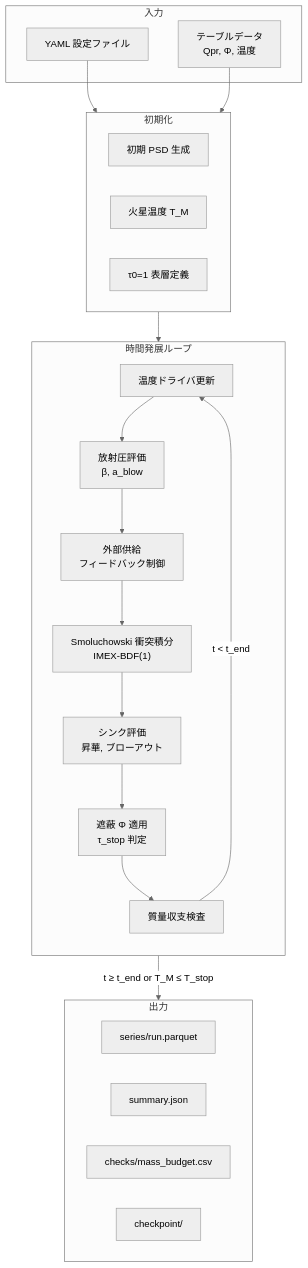
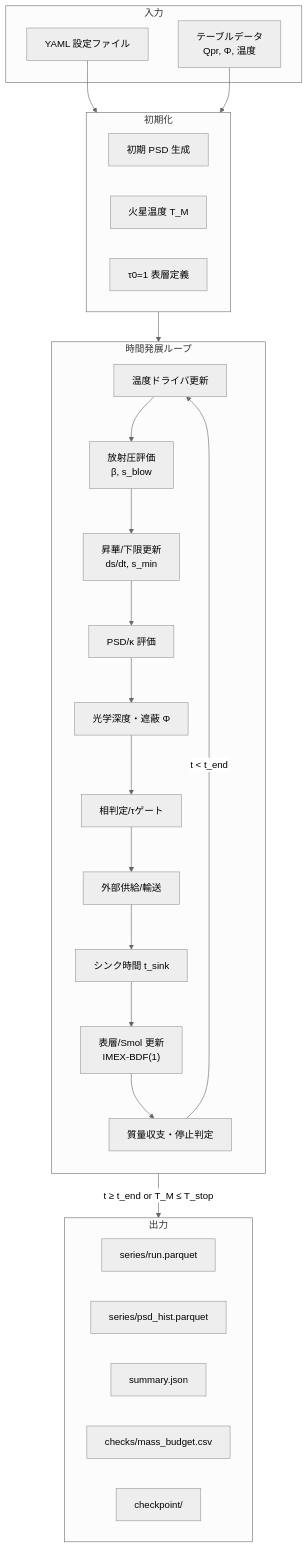
Before and after one commit to Einfeld686/MarsDiskSimulation: the first of 7 diagrams in analysis/methods.md, drawn with Mermaid (neutral theme). The commit also changed other lines of this file and 21 other files, not shown here.

````diff
--- a/analysis/methods.md
+++ b/analysis/methods.md
@@ -13,38 +64,42 @@
 ```mermaid
 flowchart TB
     subgraph INPUT["入力"]
         CONFIG["YAML 設定ファイル"]
         TABLES["テーブルデータ<br/>Qpr, Φ, 温度"]
     end
 
     subgraph INIT["初期化"]
         PSD0["初期 PSD 生成"]
         TEMP0["火星温度 T_M"]
         TAU1["τ0=1 表層定義"]
     end
 
     subgraph LOOP["時間発展ループ"]
         direction TB
         DRIVER["温度ドライバ更新"]
-        RAD["放射圧評価<br/>β, a_blow"]
-        SUPPLY["外部供給<br/>フィードバック制御"]
-        SMOL["Smoluchowski 衝突積分<br/>IMEX-BDF(1)"]
-        SINK["シンク評価<br/>昇華, ブローアウト"]
-        SHIELD["遮蔽 Φ 適用<br/>τ_stop 判定"]
-        CHECK["質量収支検査"]
+        RAD["放射圧評価<br/>β, s_blow"]
+        SUBL["昇華/下限更新<br/>ds/dt, s_min"]
+        PSDSTEP["PSD/κ 評価"]
+        SHIELD["光学深度・遮蔽 Φ"]
+        PHASE["相判定/τゲート"]
+        SUPPLY["外部供給/輸送"]
+        SINKTIME["シンク時間 t_sink"]
+        EVOLVE["表層/Smol 更新<br/>IMEX-BDF(1)"]
+        CHECK["質量収支・停止判定"]
     end
 
     subgraph OUTPUT["出力"]
         SERIES["series/run.parquet"]
+        PSDHIST["series/psd_hist.parquet"]
         SUMMARY["summary.json"]
         BUDGET["checks/mass_budget.csv"]
         CKPT["checkpoint/"]
     end
 
     CONFIG --> INIT
     TABLES --> INIT
     INIT --> LOOP
-    DRIVER --> RAD --> SUPPLY --> SMOL --> SINK --> SHIELD --> CHECK
+    DRIVER --> RAD --> SUBL --> PSDSTEP --> SHIELD --> PHASE --> SUPPLY --> SINKTIME --> EVOLVE --> CHECK
     CHECK -->|"t < t_end"| DRIVER
     CHECK -->|"t ≥ t_end or T_M ≤ T_stop"| OUTPUT
 ```
````
